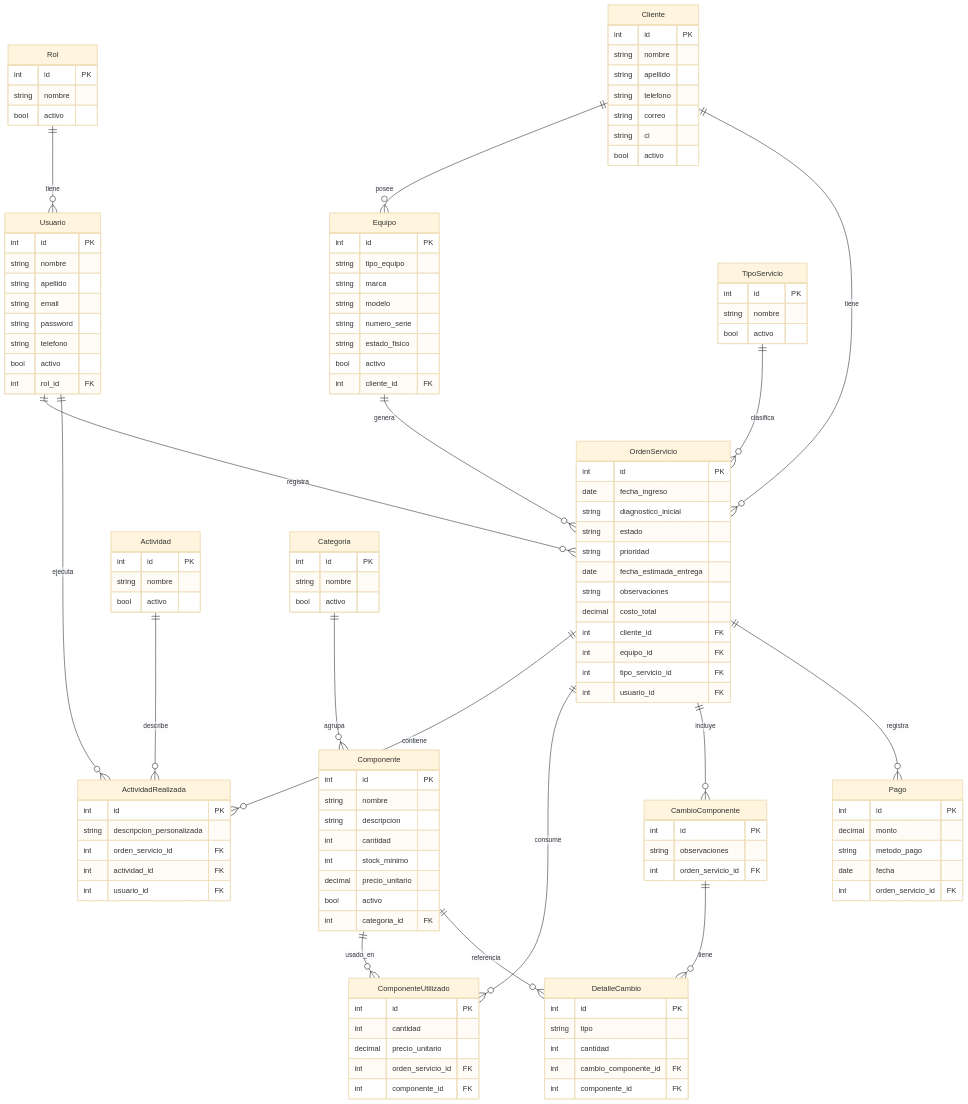
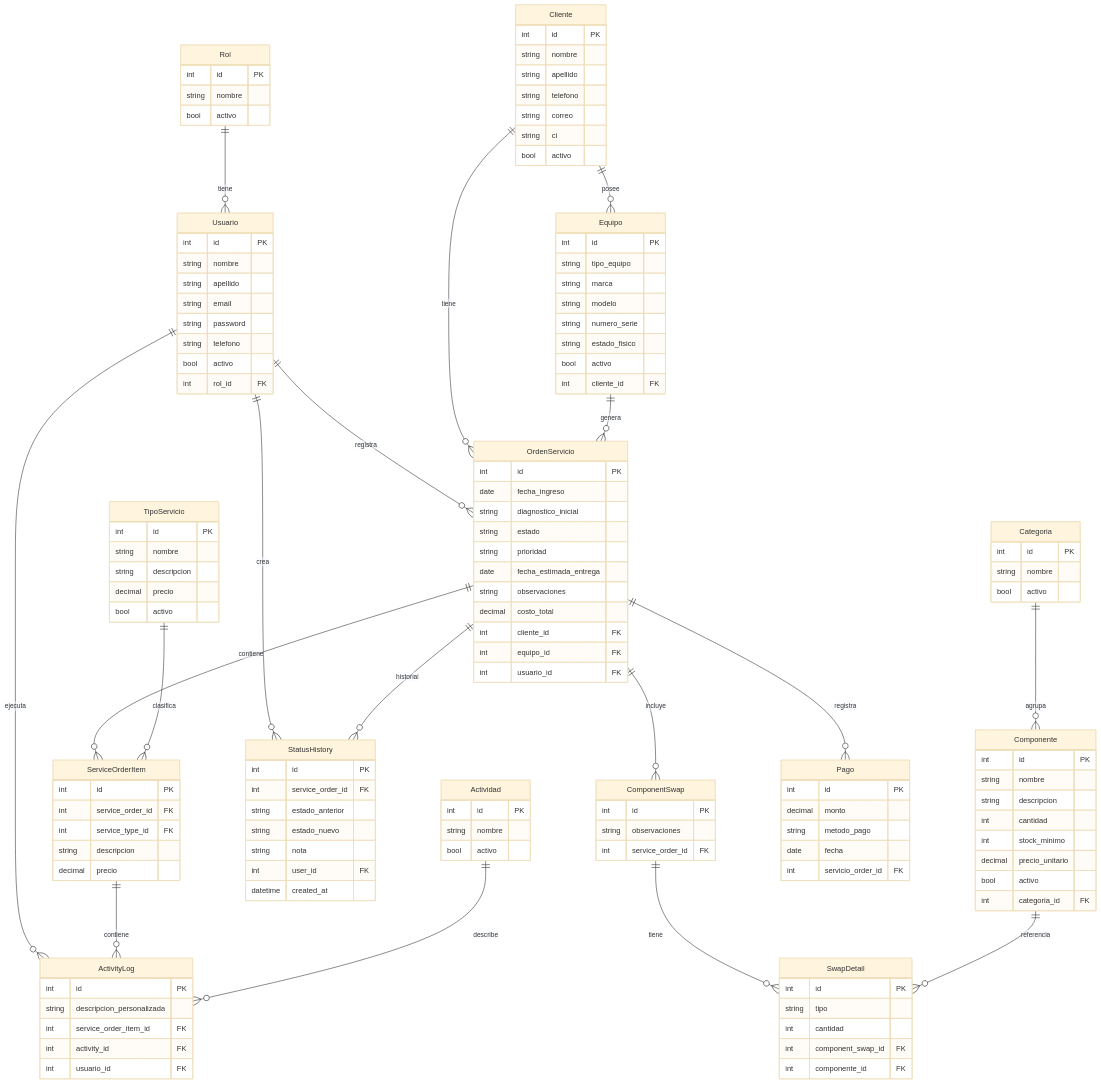
One commit to saaay13/techfix-dss changed the diagram in modelo/modelo_relacional.md. Above: the diagram before and after it, drawn with Mermaid (base theme). The commit also changed 6 other files, not shown here.

````diff
--- a/modelo/modelo_relacional.md
+++ b/modelo/modelo_relacional.md
@@ -41,6 +41,8 @@
     TipoServicio {
         int id PK
         string nombre
+        string descripcion
+        decimal precio
         bool activo
     }
 
@@ -55,8 +57,15 @@
         decimal costo_total
         int cliente_id FK
         int equipo_id FK
-        int tipo_servicio_id FK
         int usuario_id FK
+    }
+
+    ServiceOrderItem {
+        int id PK
+        int service_order_id FK
+        int service_type_id FK
+        string descripcion
+        decimal precio
     }
 
     Actividad {
@@ -65,12 +74,22 @@
         bool activo
     }
 
-    ActividadRealizada {
+    ActivityLog {
         int id PK
         string descripcion_personalizada
-        int orden_servicio_id FK
-        int actividad_id FK
+        int service_order_item_id FK
+        int activity_id FK
         int usuario_id FK
+    }
+
+    StatusHistory {
+        int id PK
+        int service_order_id FK
+        string estado_anterior
+        string estado_nuevo
+        string nota
+        int user_id FK
+        datetime created_at
     }
 
     Categoria {
@@ -90,25 +109,17 @@
         int categoria_id FK
     }
 
-    ComponenteUtilizado {
+    ComponentSwap {
         int id PK
-        int cantidad
-        decimal precio_unitario
-        int orden_servicio_id FK
-        int componente_id FK
+        string observaciones
+        int service_order_id FK
     }
 
-    CambioComponente {
-        int id PK
-        string observaciones
-        int orden_servicio_id FK
-    }
-
-    DetalleCambio {
+    SwapDetail {
         int id PK
         string tipo
         int cantidad
-        int cambio_componente_id FK
+        int component_swap_id FK
         int componente_id FK
     }
 
@@ -117,23 +128,24 @@
         decimal monto
         string metodo_pago
         date fecha
-        int orden_servicio_id FK
+        int servicio_order_id FK
     }
 
     Rol ||--o{ Usuario : tiene
     Usuario ||--o{ OrdenServicio : registra
-    Usuario ||--o{ ActividadRealizada : ejecuta
+    Usuario ||--o{ ActivityLog : ejecuta
+    Usuario ||--o{ StatusHistory : crea
     Cliente ||--o{ Equipo : posee
     Cliente ||--o{ OrdenServicio : tiene
     Equipo ||--o{ OrdenServicio : genera
-    TipoServicio ||--o{ OrdenServicio : clasifica
-    OrdenServicio ||--o{ ActividadRealizada : contiene
-    Actividad ||--o{ ActividadRealizada : describe
-    OrdenServicio ||--o{ ComponenteUtilizado : consume
-    Componente ||--o{ ComponenteUtilizado : usado_en
-    OrdenServicio ||--o{ CambioComponente : incluye
-    CambioComponente ||--o{ DetalleCambio : tiene
-    Componente ||--o{ DetalleCambio : referencia
+    OrdenServicio ||--o{ ServiceOrderItem : contiene
+    TipoServicio ||--o{ ServiceOrderItem : clasifica
+    ServiceOrderItem ||--o{ ActivityLog : contiene
+    OrdenServicio ||--o{ StatusHistory : historial
+    Actividad ||--o{ ActivityLog : describe
+    OrdenServicio ||--o{ ComponentSwap : incluye
+    ComponentSwap ||--o{ SwapDetail : tiene
+    Componente ||--o{ SwapDetail : referencia
     Categoria ||--o{ Componente : agrupa
     OrdenServicio ||--o{ Pago : registra
 ```
````
